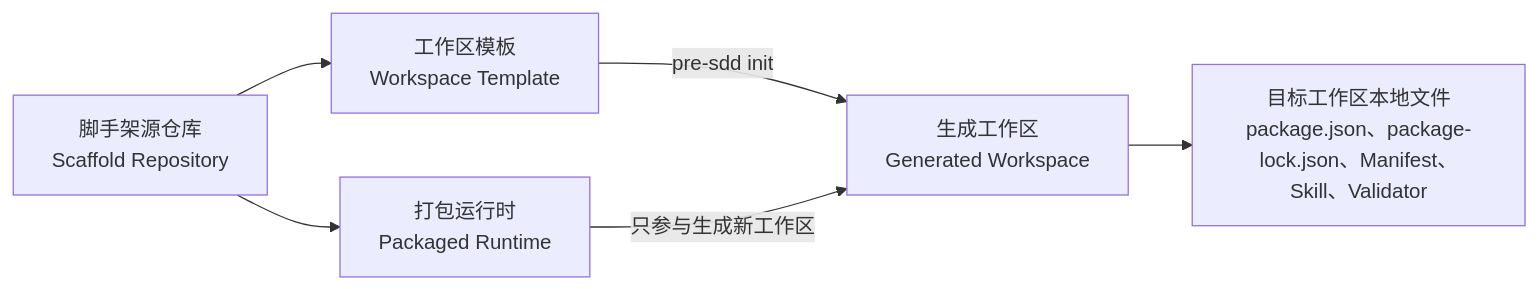
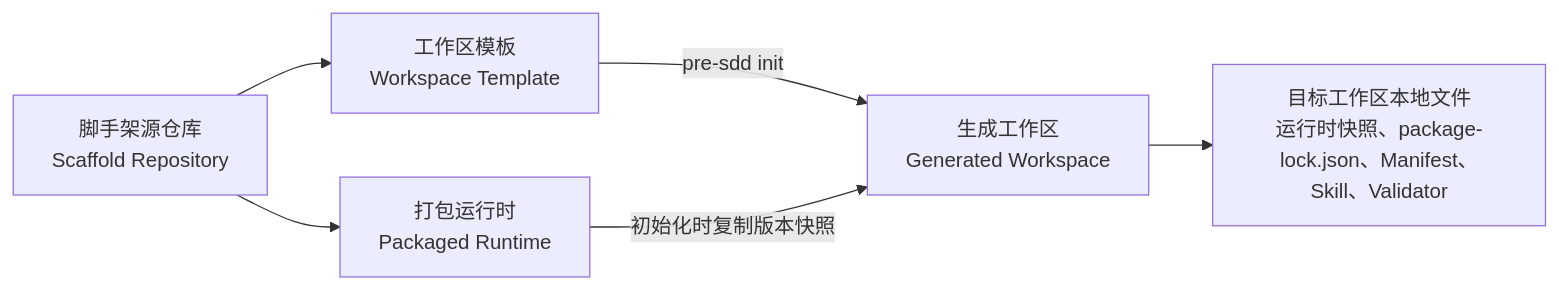
Before and after one commit to bigsmartben/pre-sdd: the second of 2 diagrams in README.md, drawn with Mermaid. The commit also changed other lines of this file and 70 other files, not shown here.

Commit message:
Refactor scaffold harness and template validation flows

````diff
--- a/README.md
+++ b/README.md
@@ -36,8 +36,8 @@
 ```mermaid
 flowchart LR
     S["脚手架源仓库<br/>Scaffold Repository"] --> T["工作区模板<br/>Workspace Template"]
     S --> R["打包运行时<br/>Packaged Runtime"]
     T -->|"pre-sdd init"| W["生成工作区<br/>Generated Workspace"]
-    R -->|"只参与生成新工作区"| W
-    W --> L["目标工作区本地文件<br/>package.json、package-lock.json、Manifest、Skill、Validator"]
+    R -->|"初始化时复制版本快照"| W
+    W --> L["目标工作区本地文件<br/>运行时快照、package-lock.json、Manifest、Skill、Validator"]
 ```
````
